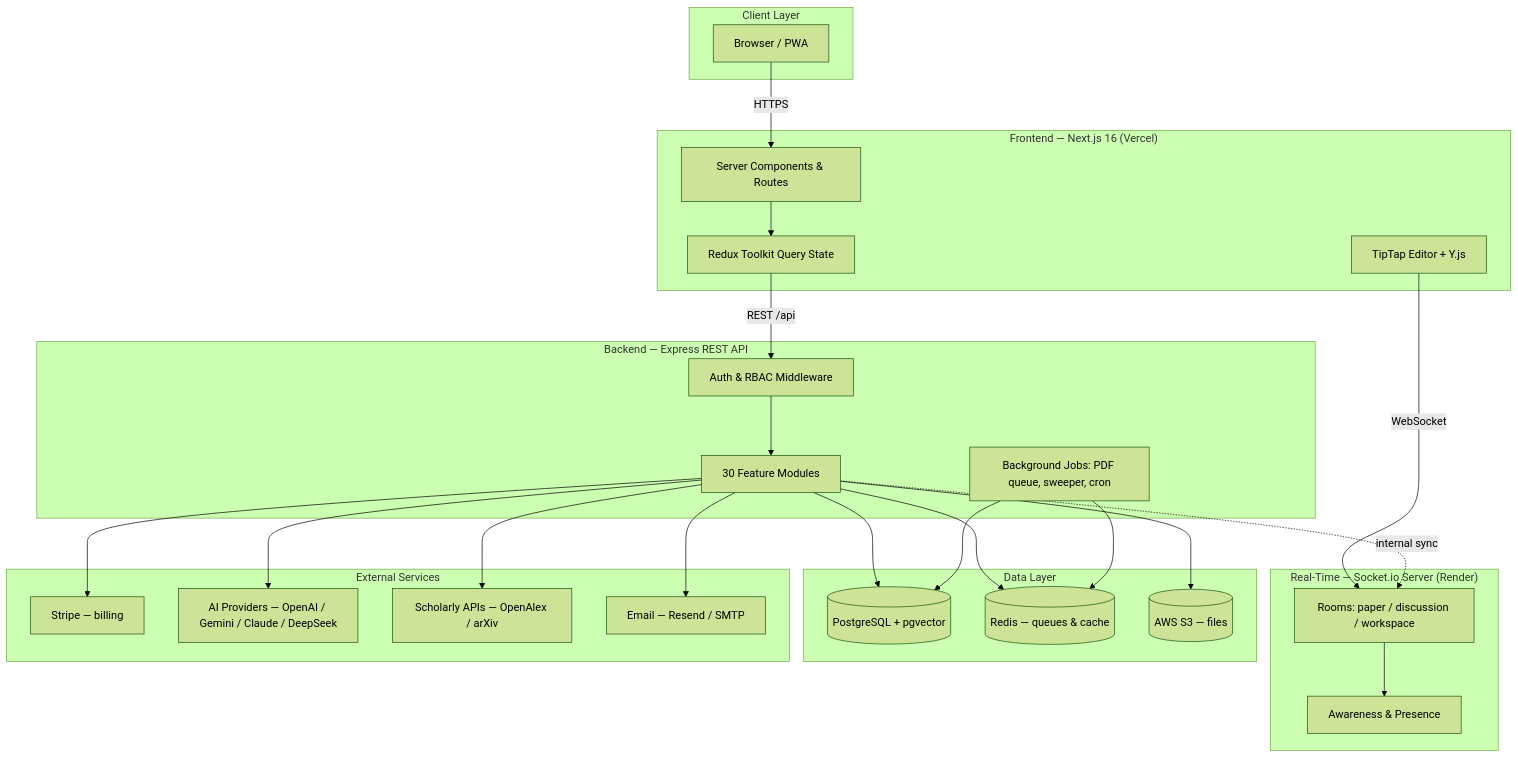
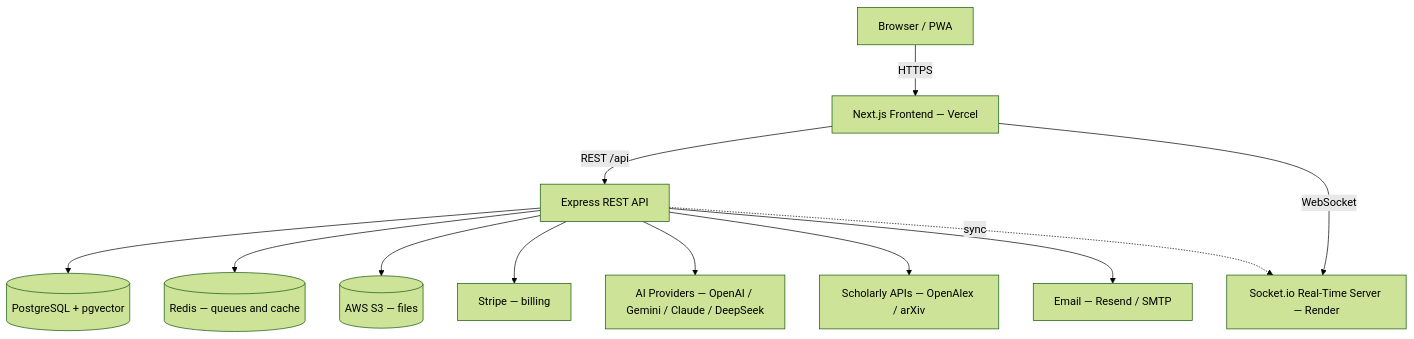
Before and after one commit to Atik203/Scholar-Flow: the first of 2 diagrams in docs/Project_Proposal.md, drawn with Mermaid (forest theme).

Commit message:
docs: fix mermaid architecture diagram to render on GitHub (flat flowchart, no subgraphs)

````diff
--- a/docs/Project_Proposal.md
+++ b/docs/Project_Proposal.md
@@ -1240,53 +1240,14 @@
 ```mermaid
 flowchart TB
-    subgraph Client["Client Layer"]
-        B[Browser / PWA]
-    end
-
-    subgraph Frontend["Frontend — Next.js 16 (Vercel)"]
-        SSR[Server Components & Routes]
-        RTK[Redux Toolkit Query State]
-        ED[TipTap Editor + Y.js]
-    end
-
-    subgraph Backend["Backend — Express REST API"]
-        AUTH[Auth & RBAC Middleware]
-        MOD[30 Feature Modules]
-        JOBS[Background Jobs: PDF queue, sweeper, cron]
-    end
-
-    subgraph Realtime["Real-Time — Socket.io Server (Render)"]
-        ROOMS[Rooms: paper / discussion / workspace]
-        AW[Awareness & Presence]
-    end
-
-    subgraph Data["Data Layer"]
-        PG[(PostgreSQL + pgvector)]
-        REDIS[(Redis — queues & cache)]
-        S3[(AWS S3 — files)]
-    end
-
-    subgraph External["External Services"]
-        STRIPE[Stripe — billing]
-        AI[AI Providers — OpenAI / Gemini / Claude / DeepSeek]
-        FEEDS[Scholarly APIs — OpenAlex / arXiv]
-        MAIL[Email — Resend / SMTP]
-    end
-
-    B -->|HTTPS| SSR
-    SSR --> RTK
-    ED -->|WebSocket| ROOMS
-    RTK -->|REST /api| AUTH
-    AUTH --> MOD
-    MOD --> PG
-    MOD --> REDIS
-    MOD --> S3
-    MOD --> STRIPE
-    MOD --> AI
-    MOD --> FEEDS
-    MOD --> MAIL
-    JOBS --> PG
-    JOBS --> REDIS
-    ROOMS --> AW
-    MOD -.->|internal sync| ROOMS
+    B[Browser / PWA] -->|HTTPS| F[Next.js Frontend — Vercel]
+    F -->|REST /api| A[Express REST API]
+    F -->|WebSocket| R[Socket.io Real-Time Server — Render]
+    A --> DB[(PostgreSQL + pgvector)]
+    A --> RD[(Redis — queues and cache)]
+    A --> S3[(AWS S3 — files)]
+    A --> ST[Stripe — billing]
+    A --> AI[AI Providers — OpenAI / Gemini / Claude / DeepSeek]
+    A --> FD[Scholarly APIs — OpenAlex / arXiv]
+    A --> EM[Email — Resend / SMTP]
+    A -.->|sync| R
 ```
````
